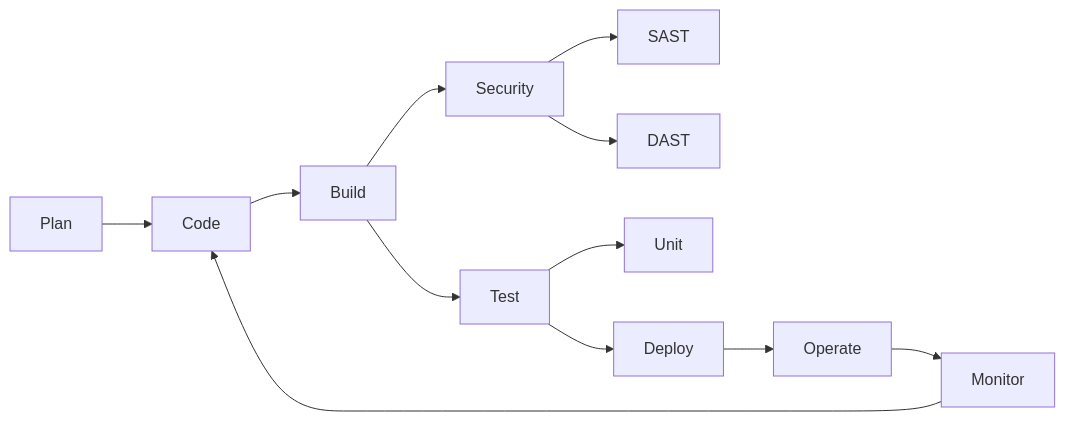
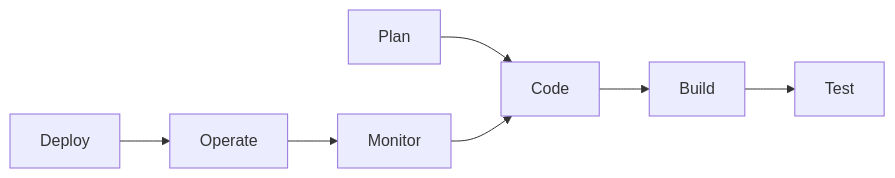
Before and after one commit to enjangse88/enjangse88: the diagram in README.md, drawn with Mermaid.

````diff
--- a/README.md
+++ b/README.md
@@ -31,16 +31,11 @@
 ```mermaid
 flowchart LR
     Plan --> Code
     Code  --> Build
-    Build --> Security
-    Security --> SAST 
-    Security --> DAST
     Build --> Test
-    Test --> Unit 
-    Test --> Deploy
     Deploy --> Operate
     Operate --> Monitor
     Monitor --> Code
     
     
 ```
````
